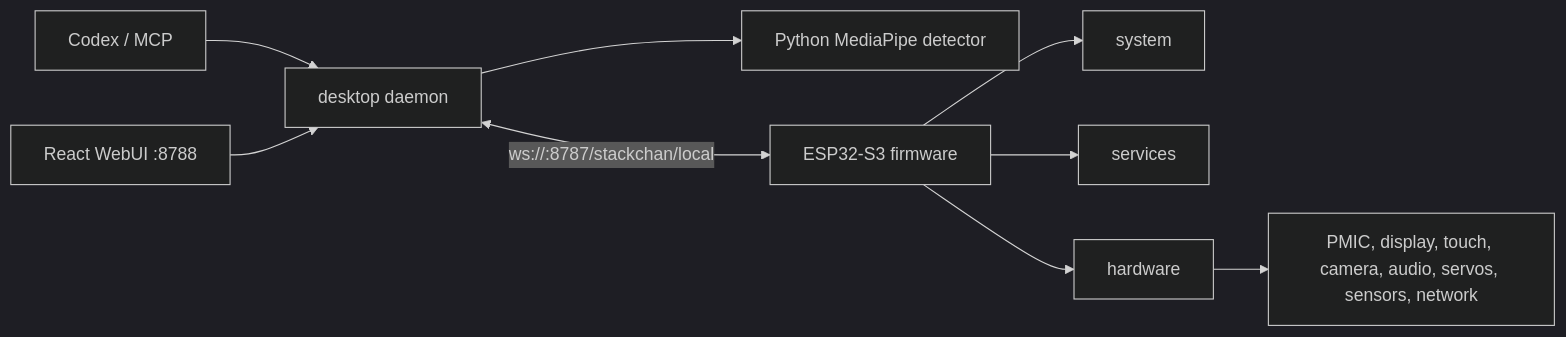
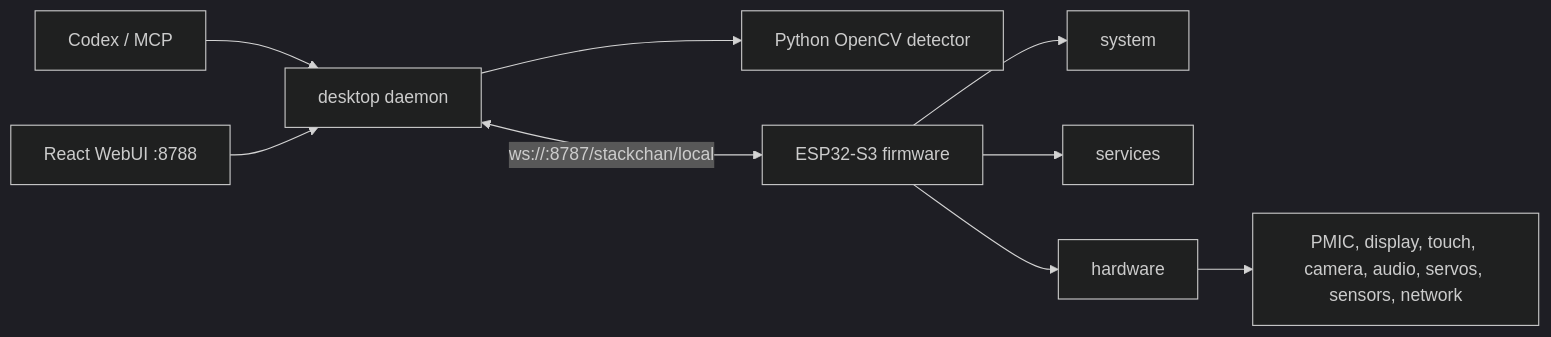
Before and after one commit to xuruiray/stackchan-local: the first of 3 diagrams in README.md, drawn with Mermaid (dark theme). The commit also changed other lines of this file and 35 other files, not shown here.

````diff
--- a/README.md
+++ b/README.md
@@ -99,11 +99,11 @@
 ```mermaid
 flowchart LR
   Codex["Codex / MCP"] --> Desktop["desktop daemon"]
   Browser["React WebUI :8788"] --> Desktop
-  Desktop --> Vision["Python MediaPipe detector"]
+  Desktop --> Vision["Python OpenCV detector"]
   Desktop <-->|"ws://<mac-ip>:8787/stackchan/local"| Firmware["ESP32-S3 firmware"]
   Firmware --> System["system"]
   Firmware --> Services["services"]
   Firmware --> Hardware["hardware"]
   Hardware --> Devices["PMIC, display, touch, camera, audio, servos, sensors, network"]
 ```
````
